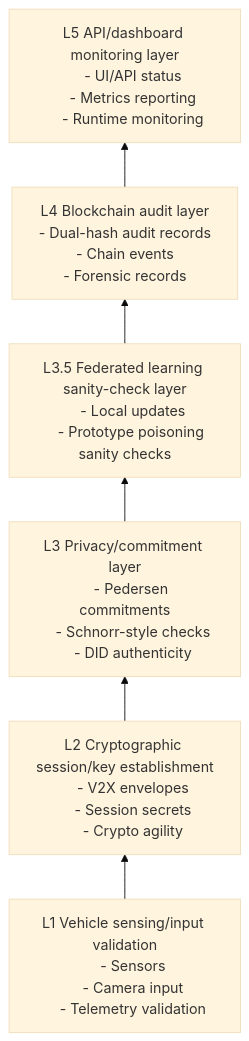
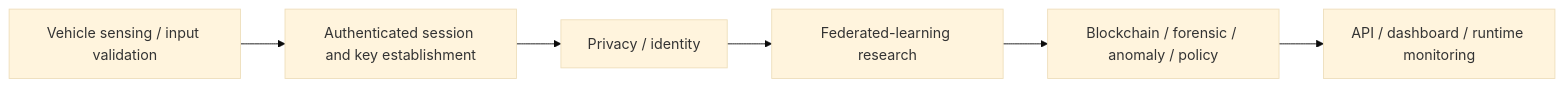
Before and after one commit to smshagor-dev/Next-Gen-Blockchain-for-Vehicle-Security: the diagram in readme.md, drawn with Mermaid (base theme). The commit also changed other lines of this file, not shown here.

````diff
--- a/readme.md
+++ b/readme.md
@@ -230,33 +81,8 @@
 ```mermaid
-flowchart BT
-    L5["L5 API/dashboard monitoring layer
-    - UI/API status
-    - Metrics reporting
-    - Runtime monitoring"]
-
-    L4["L4 Blockchain audit layer
-    - Dual-hash audit records
-    - Chain events
-    - Forensic records"]
-
-    L35["L3.5 Federated learning sanity-check layer
-    - Local updates
-    - Prototype poisoning sanity checks"]
-
-    L3["L3 Privacy/commitment layer
-    - Pedersen commitments
-    - Schnorr-style checks
-    - DID authenticity"]
-
-    L2["L2 Cryptographic session/key establishment
-    - V2X envelopes
-    - Session secrets
-    - Crypto agility"]
-
-    L1["L1 Vehicle sensing/input validation
-    - Sensors
-    - Camera input
-    - Telemetry validation"]
-
-    L1 --> L2 --> L3 --> L35 --> L4 --> L5
+flowchart LR
+    L1[Vehicle sensing / input validation] --> L2[Authenticated session and key establishment]
+    L2 --> L3[Privacy / identity]
+    L3 --> L35[Federated-learning research]
+    L35 --> L4[Blockchain / forensic / anomaly / policy]
+    L4 --> L5[API / dashboard / runtime monitoring]
 ```
````
